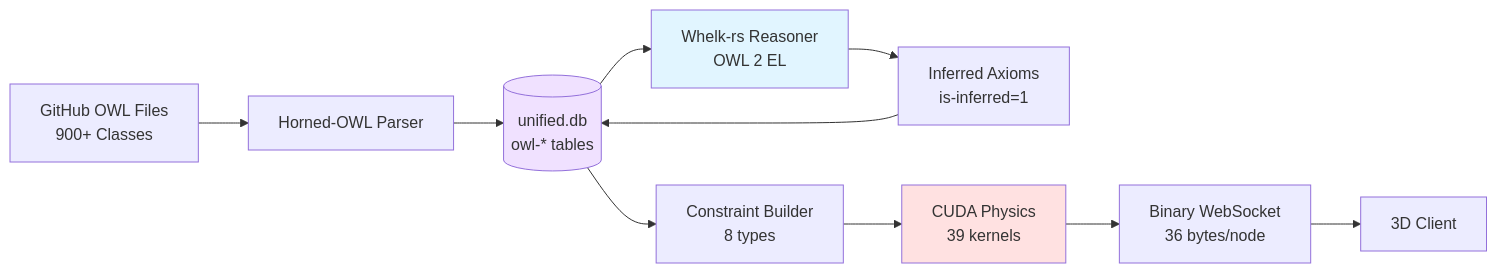
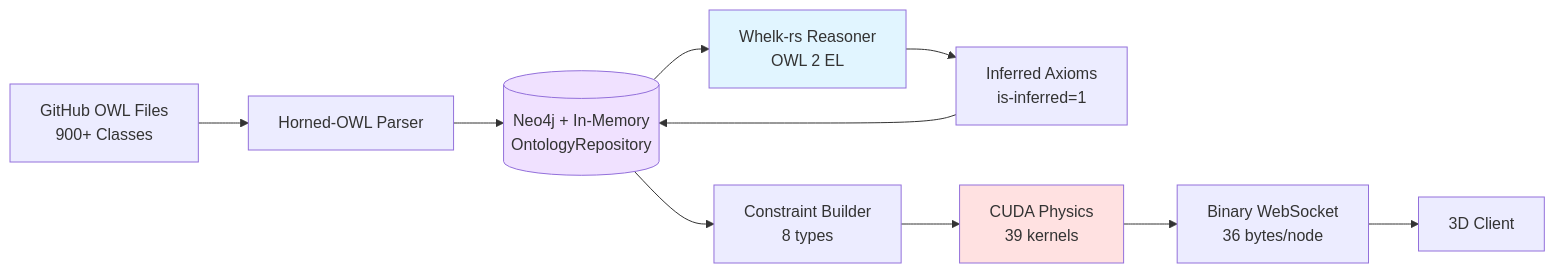
The first of 4 diagrams in docs/explanation/system-overview.md (DreamLab-AI/VisionFlow), drawn with Mermaid before and after one commit. The commit also changed other lines of this file and 22 other files, not shown here.

````diff
--- a/docs/explanation/system-overview.md
+++ b/docs/explanation/system-overview.md
@@ -53,16 +55,16 @@
 ```mermaid
 graph LR
     A[GitHub OWL Files<br/>900+ Classes] --> B[Horned-OWL Parser]
-    B --> C[(unified.db<br/>owl-* tables)]
+    B --> C[(Neo4j + In-Memory<br/>OntologyRepository)]
     C --> D[Whelk-rs Reasoner<br/>OWL 2 EL]
     D --> E[Inferred Axioms<br/>is-inferred=1]
     E --> C
     C --> F[Constraint Builder<br/>8 types]
     F --> G[CUDA Physics<br/>39 kernels]
     G --> H[Binary WebSocket<br/>36 bytes/node]
     H --> I[3D Client]
 
     style D fill:#e1f5ff
     style G fill:#ffe1e1
     style C fill:#f0e1ff
 ```
````
